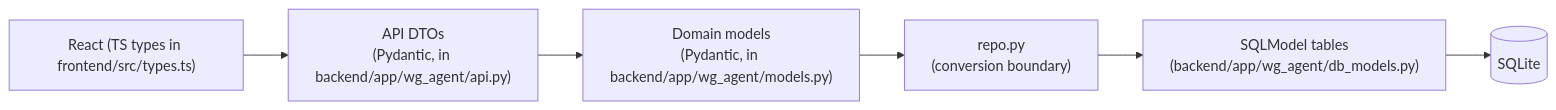
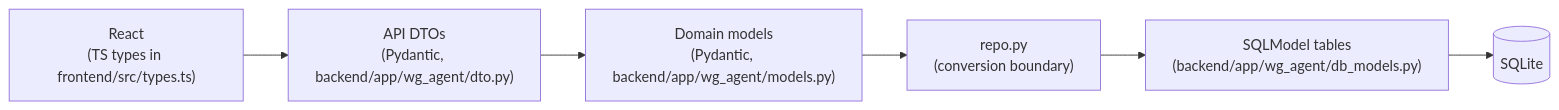
Before and after one commit to v-ya-ch-e/tumai-makeathon-2026: the diagram in docs/README.md, drawn with Mermaid. The commit also changed other lines of this file and 11 other files, not shown here.

````diff
--- a/docs/README.md
+++ b/docs/README.md
@@ -20,8 +47,8 @@
 ```mermaid
 flowchart LR
-  UI["React (TS types in frontend/src/types.ts)"] --> DTO["API DTOs<br/>(Pydantic, in backend/app/wg_agent/api.py)"]
-  DTO --> Domain["Domain models<br/>(Pydantic, in backend/app/wg_agent/models.py)"]
+  UI["React<br/>(TS types in frontend/src/types.ts)"] --> DTO["API DTOs<br/>(Pydantic, backend/app/wg_agent/dto.py)"]
+  DTO --> Domain["Domain models<br/>(Pydantic, backend/app/wg_agent/models.py)"]
   Domain --> Repo["repo.py<br/>(conversion boundary)"]
   Repo --> Tables["SQLModel tables<br/>(backend/app/wg_agent/db_models.py)"]
   Tables --> SQLite[(SQLite)]
 ```
````
